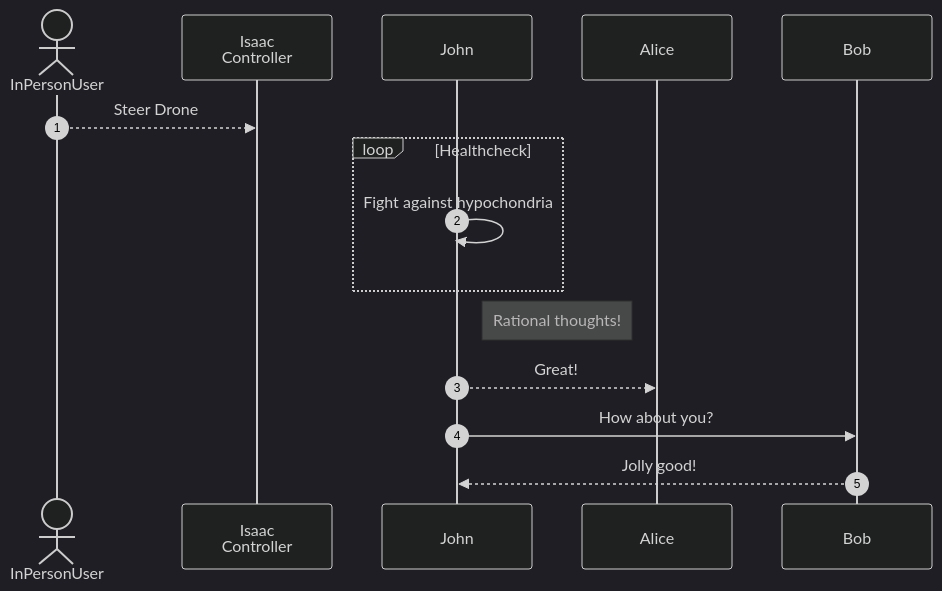
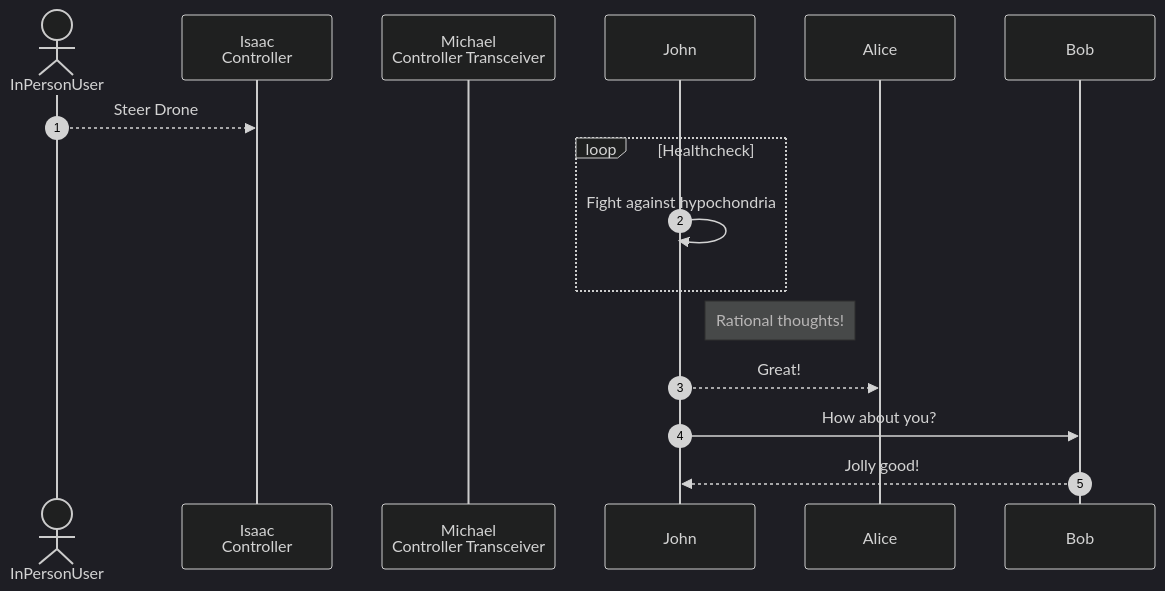
Before and after one commit to HFSKSN/hfsksn.github.io: the fourth of 4 diagrams in docs/Appendix/04-Examples-to-Remove/charts.md, drawn with Mermaid (dark theme).

````diff
--- a/docs/Appendix/04-Examples-to-Remove/charts.md
+++ b/docs/Appendix/04-Examples-to-Remove/charts.md
@@ -43,14 +43,20 @@
 ``` mermaid
 sequenceDiagram
   autonumber
   actor P as InPersonUser
   participant I as Isaac<br/>Controller
+  participant M as Michael<br/>Controller Transceiver
+  participant I as Isaac<br/>Controller
+  participant I as Isaac<br/>Controller
+  participant I as Isaac<br/>Controller
+  participant I as Isaac<br/>Controller
+
   P-->>I: Steer Drone
   loop Healthcheck
       John->>John: Fight against hypochondria
   end
   Note right of John: Rational thoughts!
   John-->>Alice: Great!
   John->>Bob: How about you?
   Bob-->>John: Jolly good!
 ```
````
